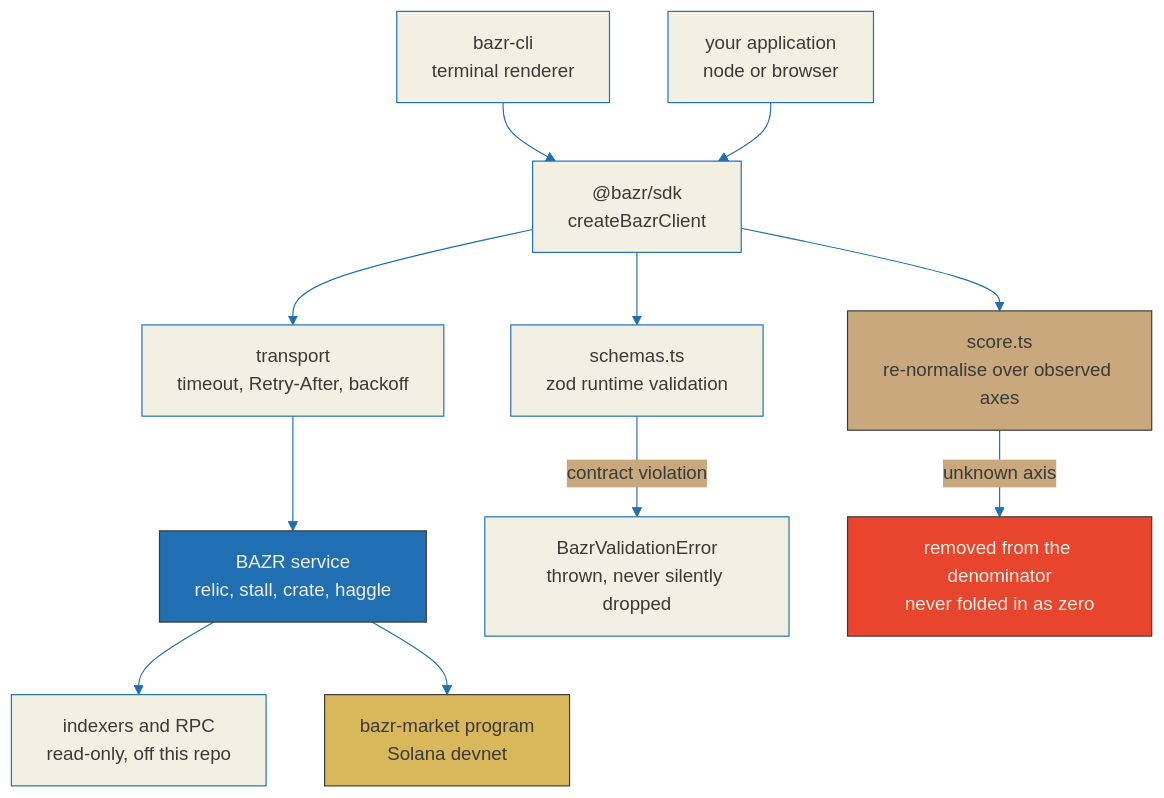
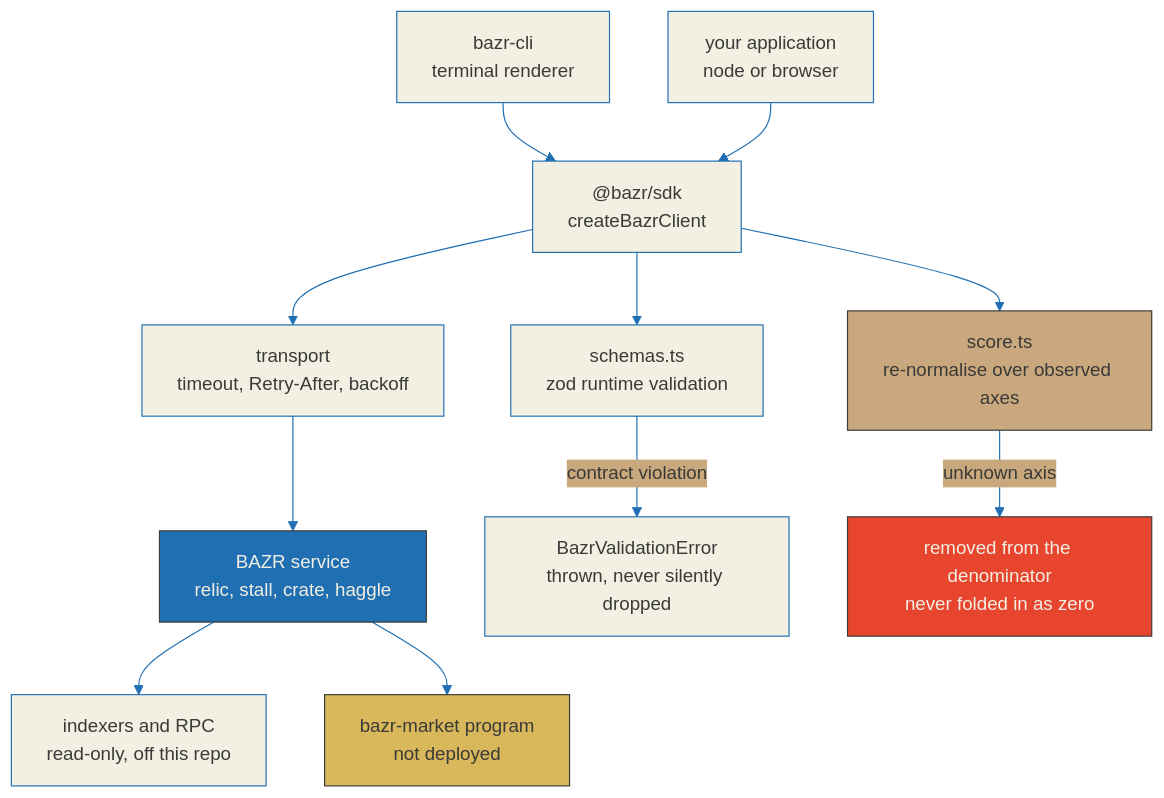
The diagram in README.md (BazrMarket/bazr-sdk), drawn with Mermaid before and after one commit. The commit also changed other lines of this file and 1 other file, not shown here.

First line of the commit message:
Say that the program is closed and print a stats block that matches the service

````diff
--- a/README.md
+++ b/README.md
@@ -84,27 +84,27 @@
 ```mermaid
 %%{init: {'theme': 'base', 'themeVariables': {
   'primaryColor': '#F2EFE3',
   'primaryTextColor': '#3A3A38',
   'primaryBorderColor': '#1F6FB2',
   'lineColor': '#1F6FB2',
   'secondaryColor': '#C8A87C',
   'tertiaryColor': '#D9B85C',
   'fontFamily': 'monospace'
 }}}%%
 graph TD
   CLI["bazr-cli<br/>terminal renderer"] --> SDK
   APP["your application<br/>node or browser"] --> SDK
   SDK["@bazr/sdk<br/>createBazrClient"] --> HTTP["transport<br/>timeout, Retry-After, backoff"]
   SDK --> SCORE["score.ts<br/>re-normalise over observed axes"]
   SDK --> ZOD["schemas.ts<br/>zod runtime validation"]
   HTTP --> API["BAZR service<br/>relic, stall, crate, haggle"]
   API --> IDX["indexers and RPC<br/>read-only, off this repo"]
-  API --> CHAIN["bazr-market program<br/>Solana devnet"]
+  API --> CHAIN["bazr-market program<br/>not deployed"]
   ZOD -->|"contract violation"| ERR["BazrValidationError<br/>thrown, never silently dropped"]
   SCORE -->|"unknown axis"| DEN["removed from the denominator<br/>never folded in as zero"]
 
   style DEN fill:#E8452F,stroke:#3A3A38,color:#F2EFE3
   style SCORE fill:#C8A87C,stroke:#3A3A38,color:#3A3A38
   style API fill:#1F6FB2,stroke:#3A3A38,color:#F2EFE3
   style CHAIN fill:#D9B85C,stroke:#3A3A38,color:#3A3A38
 ```
````
